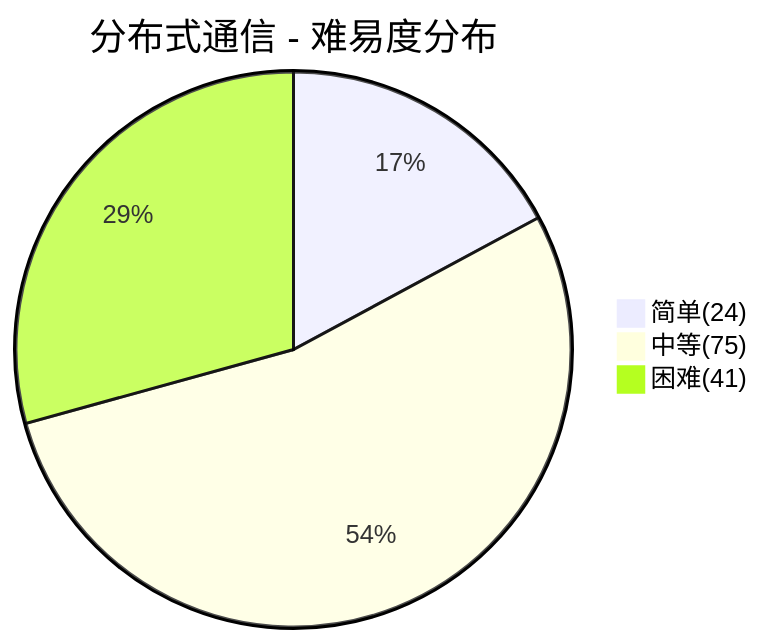
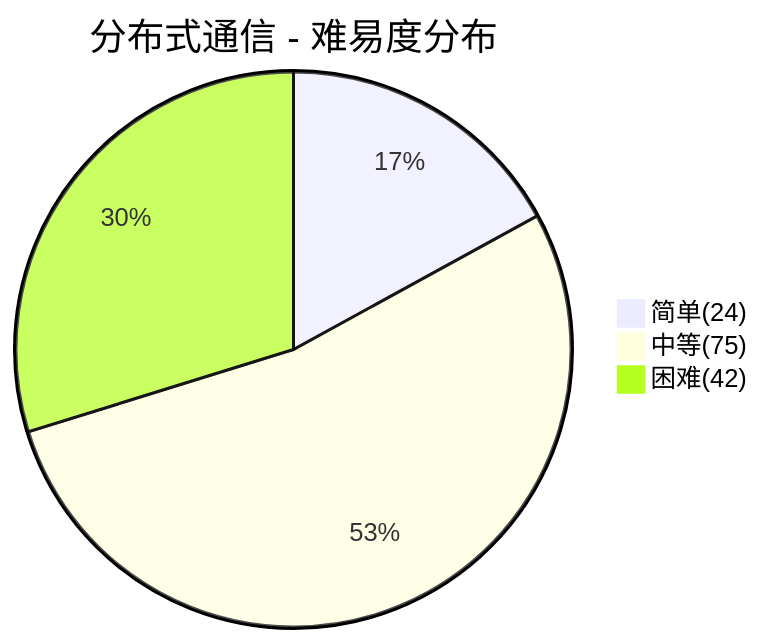
One commit to dunwu/waterdrop changed the fourth of 6 diagrams in docs/99.面试/分布式面试.md. Above: the diagram before and after it, drawn with Mermaid. The commit also changed other lines of this file and 16 other files, not shown here.

````diff
--- a/docs/99.面试/分布式面试.md
+++ b/docs/99.面试/分布式面试.md
@@ -237,6 +237,6 @@
 ```mermaid
 pie title 分布式通信 - 难易度分布
     "简单(24)" : 24
     "中等(75)" : 75
-    "困难(41)" : 41
+    "困难(42)" : 42
 ```
````
